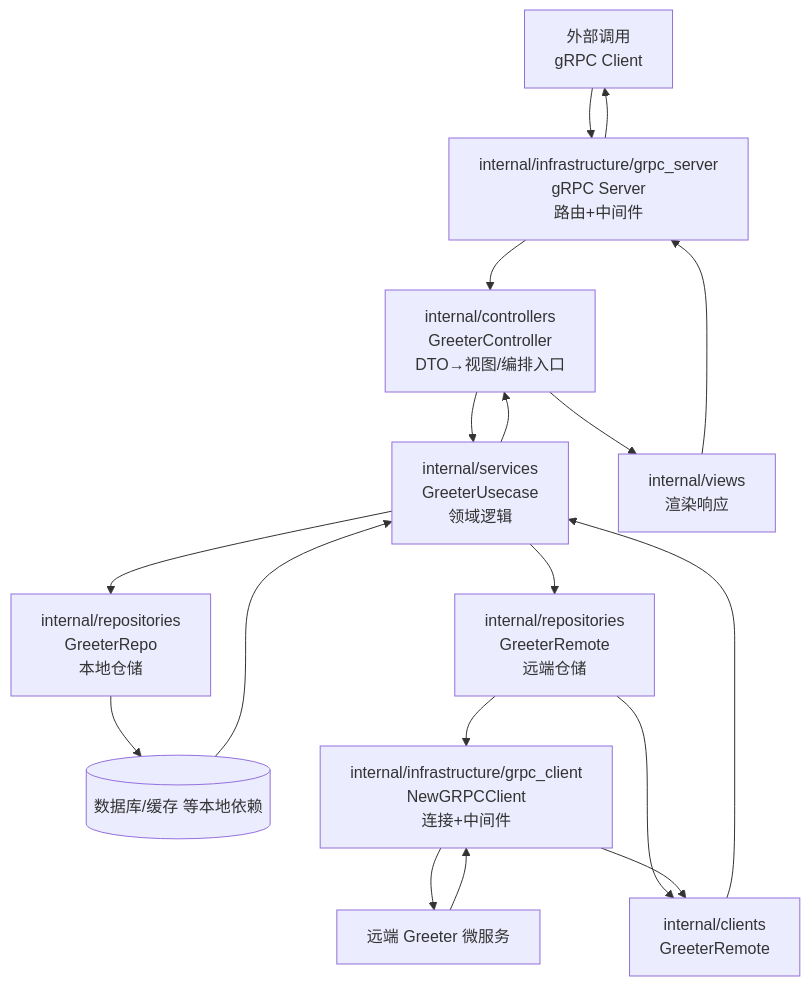
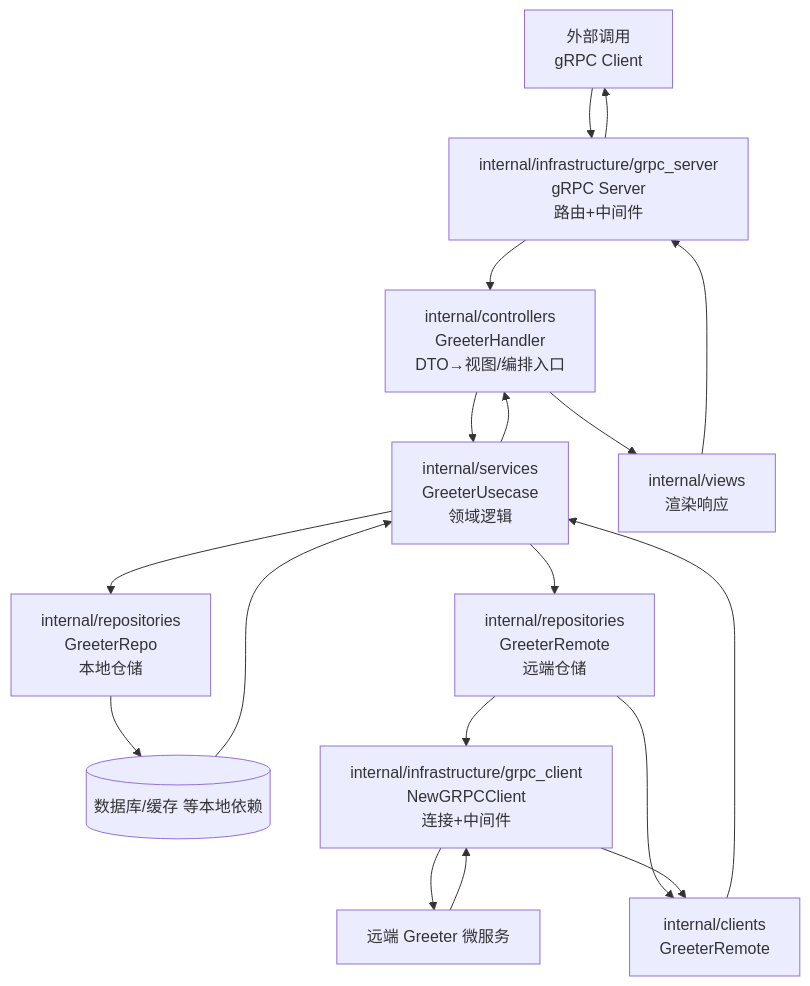
The diagram in README.md (bionicotaku/lingo-services-catalog), drawn with Mermaid before and after one commit. The commit also changed other lines of this file and 14 other files, not shown here.

````diff
--- a/README.md
+++ b/README.md
@@ -72,20 +72,20 @@
 ```mermaid
 flowchart TD
     A[外部调用<br/>gRPC Client] --> B[internal/infrastructure/grpc_server<br/>gRPC Server<br/>路由+中间件]
-    B --> C[internal/controllers<br/>GreeterController<br/>DTO→视图/编排入口]
+    B --> C[internal/controllers<br/>GreeterHandler<br/>DTO→视图/编排入口]
     C --> D[internal/services<br/>GreeterUsecase<br/>领域逻辑]
     D --> E[internal/repositories<br/>GreeterRepo<br/>本地仓储]
     D --> F[internal/repositories<br/>GreeterRemote<br/>远端仓储]
     E --> I[(数据库/缓存 等本地依赖)]
     F --> G[internal/infrastructure/grpc_client<br/>NewGRPCClient<br/>连接+中间件]
     G --> H[远端 Greeter 微服务]
     H --> G
     F --> J[internal/clients<br/>GreeterRemote]
     G --> J
     J --> D
     I --> D
     D --> C
     C --> K[internal/views<br/>渲染响应]
     K --> B
     B --> A
 ```
````
